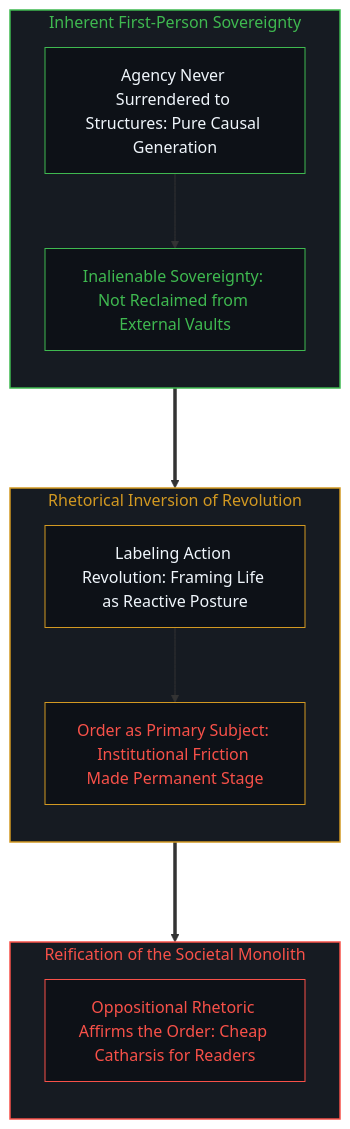
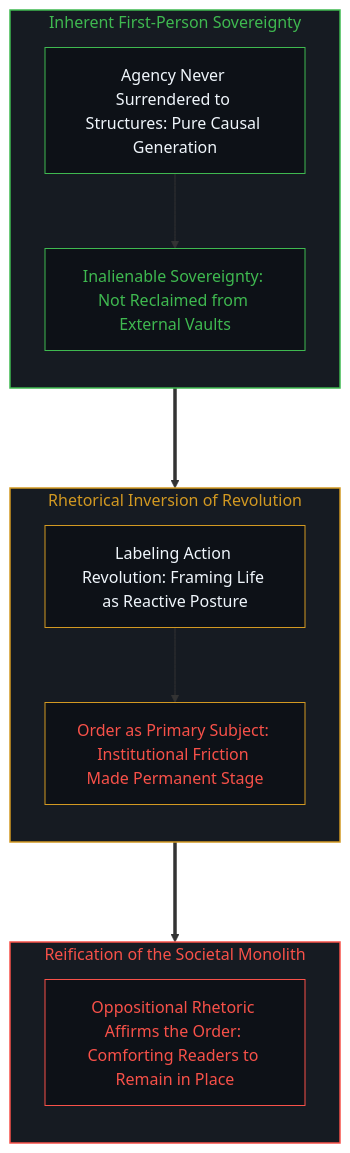
One commit to powerpig99/not-a-toe changed the fourth of 8 diagrams in content/posts/the-name-revolution-files-a-life-as-evidence.md. Above: the diagram before and after it, drawn with Mermaid. The commit also changed other lines of this file and 3 other files, not shown here.

````diff
--- a/content/posts/the-name-revolution-files-a-life-as-evidence.md
+++ b/content/posts/the-name-revolution-files-a-life-as-evidence.md
@@ -123,29 +123,29 @@
 ```mermaid
 graph TD
     subgraph S_TrueSovereignty_EN ["Inherent First-Person Sovereignty"]
         direction TB
         DE1["Agency Never Surrendered to Structures: Pure Causal Generation"] --> DE2["Inalienable Sovereignty: Not Reclaimed from External Vaults"]
     end
 
     subgraph S_RevolutionFraming_EN ["Rhetorical Inversion of Revolution"]
         direction TB
         EE1["Labeling Action Revolution: Framing Life as Reactive Posture"] --> EE2["Order as Primary Subject: Institutional Friction Made Permanent Stage"]
     end
 
     subgraph S_ReificationEffect_EN ["Reification of the Societal Monolith"]
         direction TB
-        FE1["Oppositional Rhetoric Affirms the Order: Cheap Catharsis for Readers"]
+        FE1["Oppositional Rhetoric Affirms the Order: Comforting Readers to Remain in Place"]
     end
 
     DE2 ===> EE1
     EE2 ===> FE1
 
     style S_TrueSovereignty_EN fill:#161b22,stroke:#3fb950,stroke-width:1.5px,color:#3fb950
     style S_RevolutionFraming_EN fill:#161b22,stroke:#d29922,stroke-width:1.5px,color:#d29922
     style S_ReificationEffect_EN fill:#161b22,stroke:#f85149,stroke-width:1.5px,color:#f85149
     style DE1 fill:#0d1117,stroke:#3fb950,stroke-width:1px,color:#f0f6fc
     style DE2 fill:#0d1117,stroke:#3fb950,stroke-width:1px,color:#3fb950
     style EE1 fill:#0d1117,stroke:#d29922,stroke-width:1px,color:#f0f6fc
     style EE2 fill:#0d1117,stroke:#d29922,stroke-width:1px,color:#f85149
     style FE1 fill:#0d1117,stroke:#f85149,stroke-width:1px,color:#f85149
 ```
````
